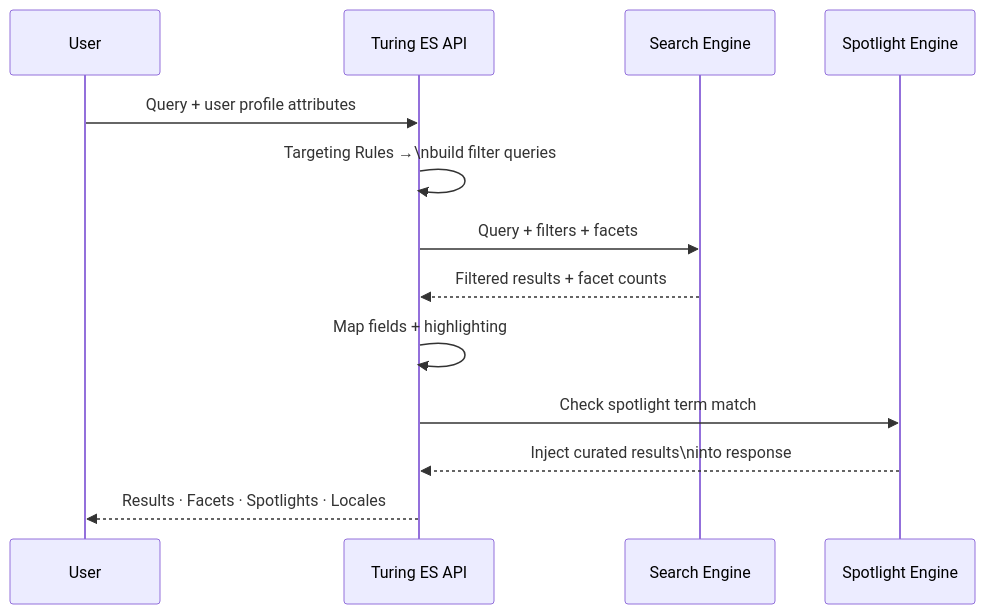
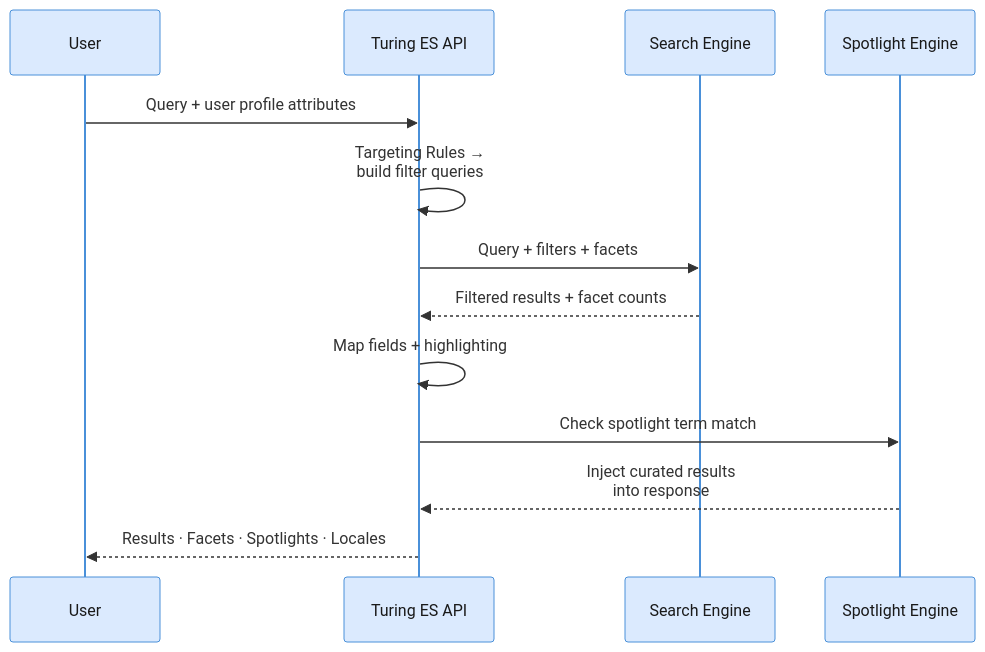
The second of 2 diagrams in docs-turing/getting-started/core-concepts.md (openviglet/docs), drawn with Mermaid before and after one commit. The commit also changed other lines of this file and 49 other files, not shown here.

First line of the commit message:
Standardize Mermaid diagrams and conventions

````diff
--- a/docs-turing/getting-started/core-concepts.md
+++ b/docs-turing/getting-started/core-concepts.md
@@ -71,16 +82,17 @@
 ```mermaid
+%%{init: {'theme': 'base', 'themeVariables': {'fontSize': '13px', 'actorBkg': '#dbeafe', 'actorBorder': '#4A90D9', 'actorTextColor': '#1a1a1a', 'activationBkgColor': '#ede9fe', 'activationBorderColor': '#9B6EC5', 'labelBoxBkgColor': '#fef3c7', 'labelBoxBorderColor': '#E8A838', 'labelTextColor': '#1a1a1a', 'noteBkgColor': '#dcfce7', 'noteBorderColor': '#50B86C', 'noteTextColor': '#1a1a1a', 'signalColor': '#333', 'signalTextColor': '#333'}}}%%
 sequenceDiagram
     participant U as User
     participant API as Turing ES API
     participant S as Search Engine
     participant SP as Spotlight Engine
 
     U->>API: Query + user profile attributes
-    API->>API: Targeting Rules →\nbuild filter queries
+    API->>API: Targeting Rules →<br/>build filter queries
     API->>S: Query + filters + facets
     S-->>API: Filtered results + facet counts
     API->>API: Map fields + highlighting
     API->>SP: Check spotlight term match
-    SP-->>API: Inject curated results\ninto response
+    SP-->>API: Inject curated results<br/>into response
     API-->>U: Results · Facets · Spotlights · Locales
 ```
````
